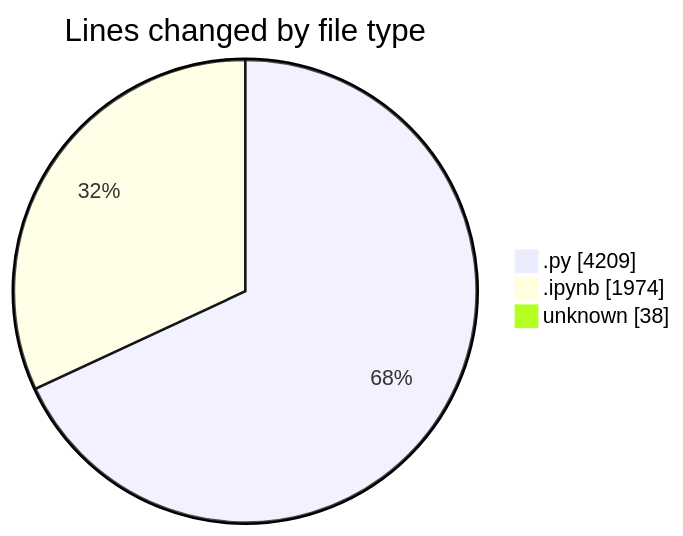
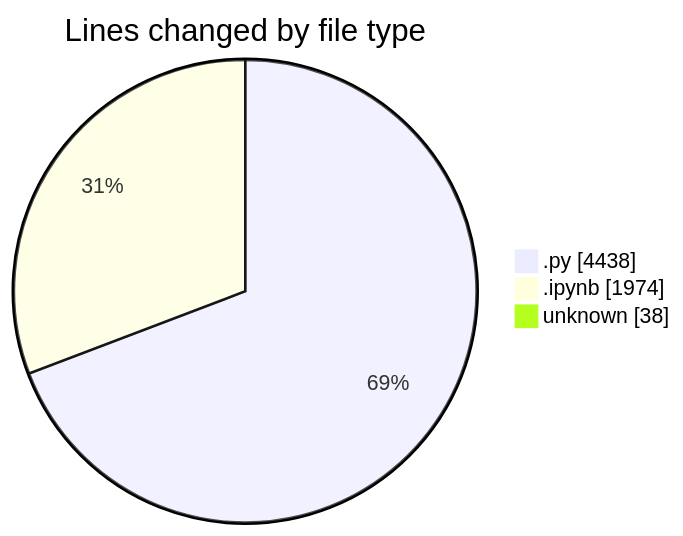
The first of 2 diagrams in 2025-03-21/myws__workspace_/README.md (MatusMokan/code-tracking), drawn with Mermaid before and after one commit. The commit also changed other lines of this file and 1 other file, not shown here.

````diff
--- a/2025-03-21/myws__workspace_/README.md
+++ b/2025-03-21/myws__workspace_/README.md
@@ -25,7 +25,7 @@
 ```mermaid
 pie showData
 title Lines changed by file type
-".py" : 4209
+".py" : 4438
 ".ipynb" : 1974
 "unknown" : 38
 ```
````
